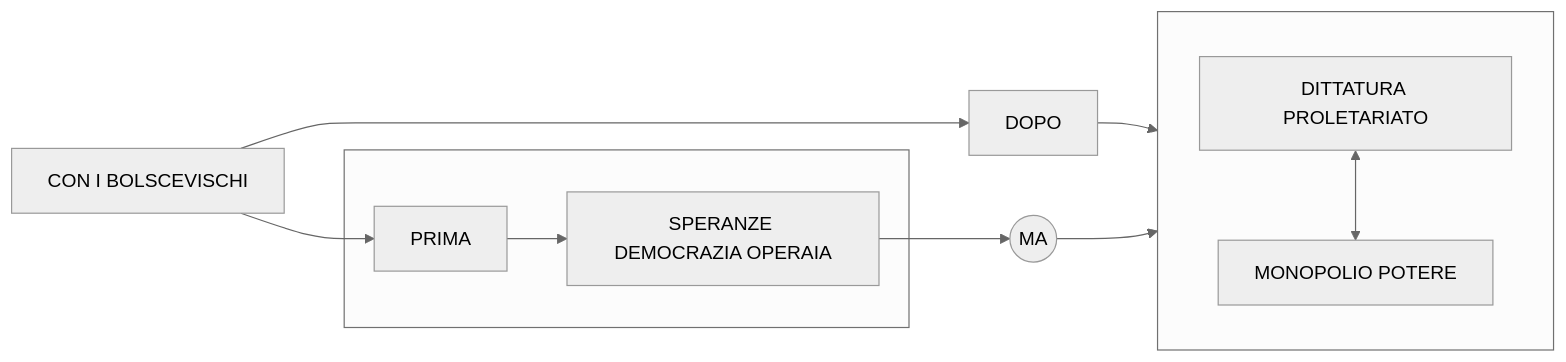
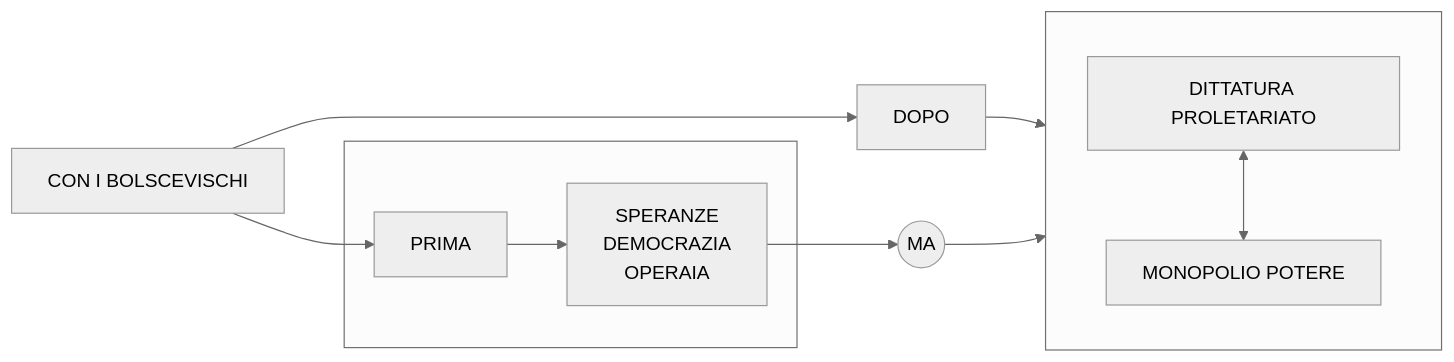
The diagram in prova.md (Laaouatni/ricerca-storia-MermaidJS), drawn with Mermaid (neutral theme) before and after one commit.

````diff
--- a/prova.md
+++ b/prova.md
@@ -1,19 +1,19 @@
 ```mermaid
 flowchart LR
   0[CON I BOLSCEVISCHI]
   subgraph 3[" "]
     1[PRIMA]
-    10[SPERANZE DEMOCRAZIA OPERAIA]
+    10[SPERANZE <br> DEMOCRAZIA <br> OPERAIA]
     1 --> 10
   end
   2[DOPO]
   0 --> 1 & 2
   subgraph 4[" "]
     40[DITTATURA PROLETARIATO]
     400[MONOPOLIO POTERE]
     40 <--> 400
   end
   2 --> 4
   41((MA))
   10 --> 41 --> 4
 ```
````
